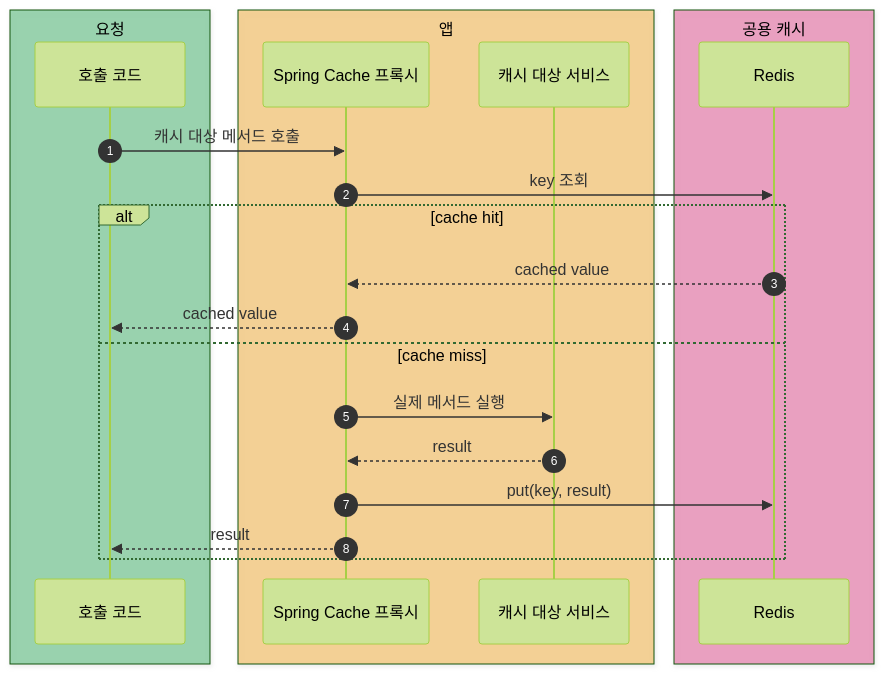
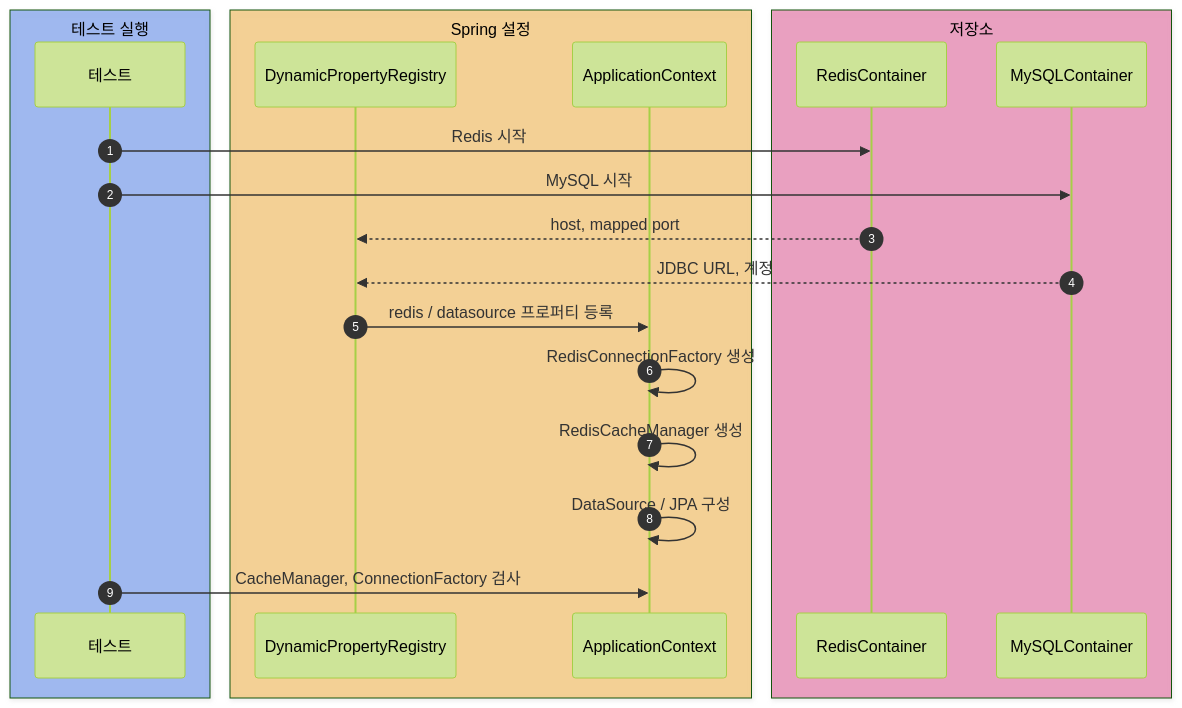
Before and after one commit to HJC96/deep-dive: the first of 9 diagrams in labs/spring-cache-redis/README.md, drawn with Mermaid (forest theme). The commit also changed other lines of this file and 4 other files, not shown here.

````diff
--- a/labs/spring-cache-redis/README.md
+++ b/labs/spring-cache-redis/README.md
@@ -47,29 +44,28 @@
 ```mermaid
 sequenceDiagram
     autonumber
 
-    box rgba(22, 163, 74, 0.40) 요청
-    participant Client as 호출 코드
+    box rgba(37, 99, 235, 0.40) 테스트 실행
+    participant Test as 테스트
     end
 
-    box rgba(245, 158, 11, 0.40) 앱
-    participant Proxy as Spring Cache 프록시
-    participant Service as 캐시 대상 서비스
+    box rgba(245, 158, 11, 0.40) Spring 설정
+    participant Registry as DynamicPropertyRegistry
+    participant Context as ApplicationContext
     end
 
-    box rgba(219, 39, 119, 0.40) 공용 캐시
-    participant Redis as Redis
+    box rgba(219, 39, 119, 0.40) 저장소
+    participant RedisContainer as RedisContainer
+    participant MySQLContainer as MySQLContainer
     end
 
-    Client->>Proxy: 캐시 대상 메서드 호출
-    Proxy->>Redis: key 조회
-    alt cache hit
-        Redis-->>Proxy: cached value
-        Proxy-->>Client: cached value
-    else cache miss
-        Proxy->>Service: 실제 메서드 실행
-        Service-->>Proxy: result
-        Proxy->>Redis: put(key, result)
-        Proxy-->>Client: result
-    end
+    Test->>RedisContainer: Redis 시작
+    Test->>MySQLContainer: MySQL 시작
+    RedisContainer-->>Registry: host, mapped port
+    MySQLContainer-->>Registry: JDBC URL, 계정
+    Registry->>Context: redis / datasource 프로퍼티 등록
+    Context->>Context: RedisConnectionFactory 생성
+    Context->>Context: RedisCacheManager 생성
+    Context->>Context: DataSource / JPA 구성
+    Test->>Context: CacheManager, ConnectionFactory 검사
 ```
````
